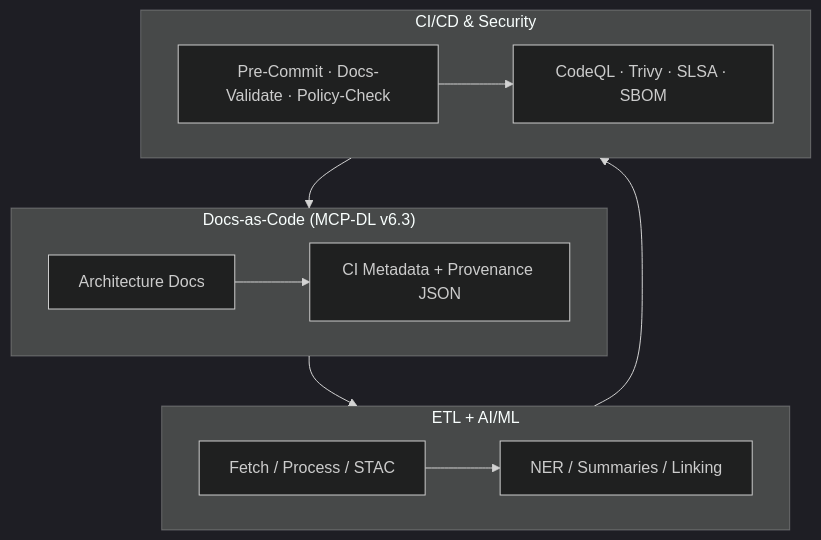
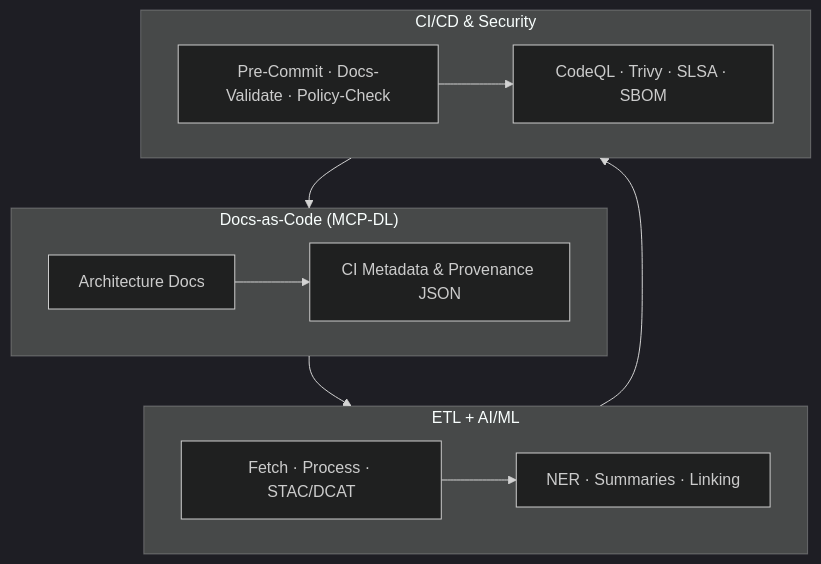
Before and after one commit to bartytime4life/Kansas-Frontier-Matrix: the first of 3 diagrams in docs/architecture/README.md, drawn with Mermaid (dark theme). The commit also changed other lines of this file, not shown here.

````diff
--- a/docs/architecture/README.md
+++ b/docs/architecture/README.md
@@ -93,15 +95,15 @@
 ```mermaid
 flowchart TD
-  subgraph Docs["Docs-as-Code (MCP-DL v6.3)"]
-    D1["Architecture Docs"] --> D2["CI Metadata + Provenance JSON"]
+  subgraph Docs["Docs-as-Code (MCP-DL)"]
+    D1["Architecture Docs"] --> D2["CI Metadata & Provenance JSON"]
   end
   subgraph Pipelines["ETL + AI/ML"]
-    P1["Fetch / Process / STAC"] --> P2["NER / Summaries / Linking"]
+    P1["Fetch · Process · STAC/DCAT"] --> P2["NER · Summaries · Linking"]
   end
   subgraph Infra["CI/CD & Security"]
     C1["Pre-Commit · Docs-Validate · Policy-Check"] --> C2["CodeQL · Trivy · SLSA · SBOM"]
   end
   Docs --> Pipelines
   Pipelines --> Infra
   Infra --> Docs
 ```
````
